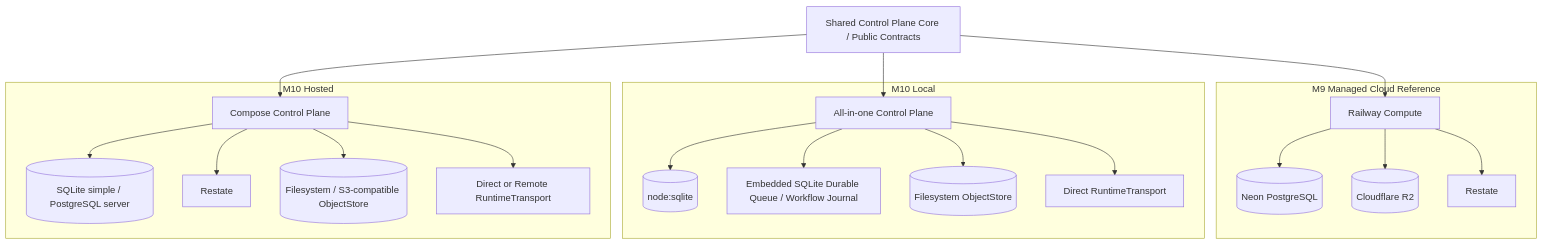
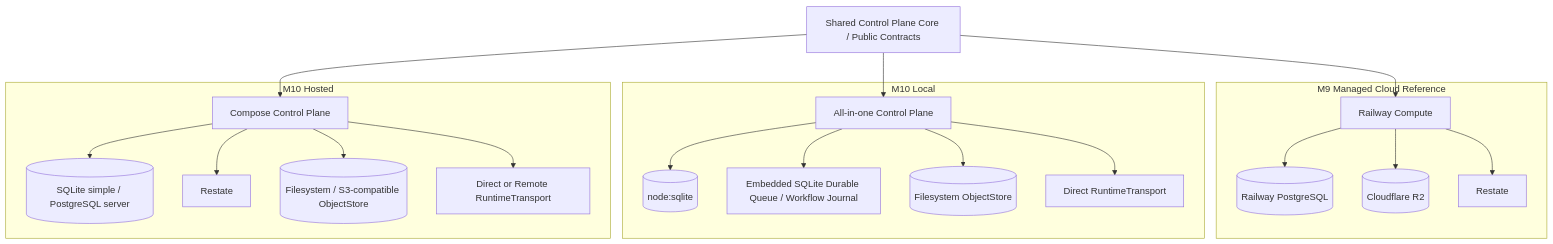
The seventh of 8 diagrams in docs/architecture/diagram-sources.md (adea-ai/control-plane), drawn with Mermaid before and after one commit. The commit also changed other lines of this file and 194 other files, not shown here.

First line of the commit message:
fix(railway): verify production PostgreSQL identity and scoped migrations (#1256)

````diff
--- a/docs/architecture/diagram-sources.md
+++ b/docs/architecture/diagram-sources.md
@@ -208,44 +208,44 @@
 ```mermaid
 flowchart TB
     CORE[Shared Control Plane Core / Public Contracts]
 
     subgraph Cloud["M9 Managed Cloud Reference"]
       RAIL[Railway Compute]
-      NEON[(Neon PostgreSQL)]
+      PG[(Railway PostgreSQL)]
       R2[(Cloudflare R2)]
       RSC[Restate]
     end
 
     subgraph Local["M10 Local"]
       LCP[All-in-one Control Plane]
       SQL[(node:sqlite)]
       LRS[Embedded SQLite Durable Queue / Workflow Journal]
       FS[(Filesystem ObjectStore)]
       DRT[Direct RuntimeTransport]
     end
 
     subgraph Hosted["M10 Hosted"]
       HCP[Compose Control Plane]
       HP[(SQLite simple / PostgreSQL server)]
       HRS[Restate]
       HOS[(Filesystem / S3-compatible ObjectStore)]
       HRT[Direct or Remote RuntimeTransport]
     end
 
     CORE --> RAIL
-    RAIL --> NEON
+    RAIL --> PG
     RAIL --> R2
     RAIL --> RSC
 
     CORE --> LCP
     LCP --> SQL
     LCP --> LRS
     LCP --> FS
     LCP --> DRT
 
     CORE --> HCP
     HCP --> HP
     HCP --> HRS
     HCP --> HOS
     HCP --> HRT
 ```
````
